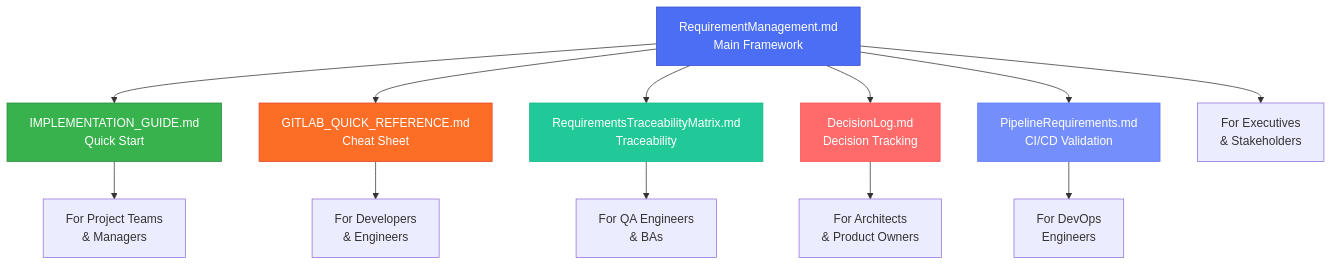
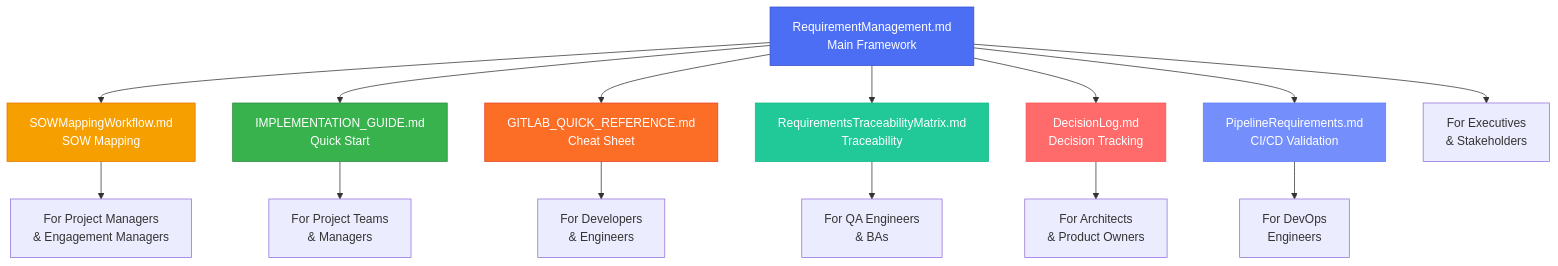
Before and after one commit to gitpavleenbali/DevOps-PPT-People-Processes-and-Tools: diagram 41 of 41 in Requirement Management/RequirementManagement.md, drawn with Mermaid. The commit also changed other lines of this file and 1 other file, not shown here.

Commit message:
Add comprehensive SOW Mapping Workflow document and integrate with main framework

````diff
--- a/Requirement Management/RequirementManagement.md
+++ b/Requirement Management/RequirementManagement.md
@@ -1585,22 +1676,25 @@
 ```mermaid
 graph TB
-    MAIN[RequirementManagement.md<br/>Main Framework] --> IMPL[IMPLEMENTATION_GUIDE.md<br/>Quick Start]
+    MAIN[RequirementManagement.md<br/>Main Framework] --> SOW[SOWMappingWorkflow.md<br/>SOW Mapping]
+    MAIN --> IMPL[IMPLEMENTATION_GUIDE.md<br/>Quick Start]
     MAIN --> QUICK[GITLAB_QUICK_REFERENCE.md<br/>Cheat Sheet]
     MAIN --> RTM[RequirementsTraceabilityMatrix.md<br/>Traceability]
     MAIN --> DL[DecisionLog.md<br/>Decision Tracking]
     MAIN --> PR[PipelineRequirements.md<br/>CI/CD Validation]
     
+    SOW --> PM[For Project Managers<br/>& Engagement Managers]
     IMPL --> TEAM[For Project Teams<br/>& Managers]
     QUICK --> DEV[For Developers<br/>& Engineers]
     MAIN --> EXEC[For Executives<br/>& Stakeholders]
     RTM --> QA[For QA Engineers<br/>& BAs]
     DL --> ARCH[For Architects<br/>& Product Owners]
     PR --> DEVOPS[For DevOps<br/>Engineers]
     
     style MAIN fill:#4c6ef5,stroke:#364fc7,color:#fff
+    style SOW fill:#f59f00,stroke:#e67700,color:#fff
     style IMPL fill:#37b24d,stroke:#2b8a3e,color:#fff
     style QUICK fill:#fc6d26,stroke:#e24329,color:#fff
     style RTM fill:#20c997,stroke:#12b886,color:#fff
     style DL fill:#ff6b6b,stroke:#fa5252,color:#fff
     style PR fill:#748ffc,stroke:#5c7cfa,color:#fff
 ```
````
